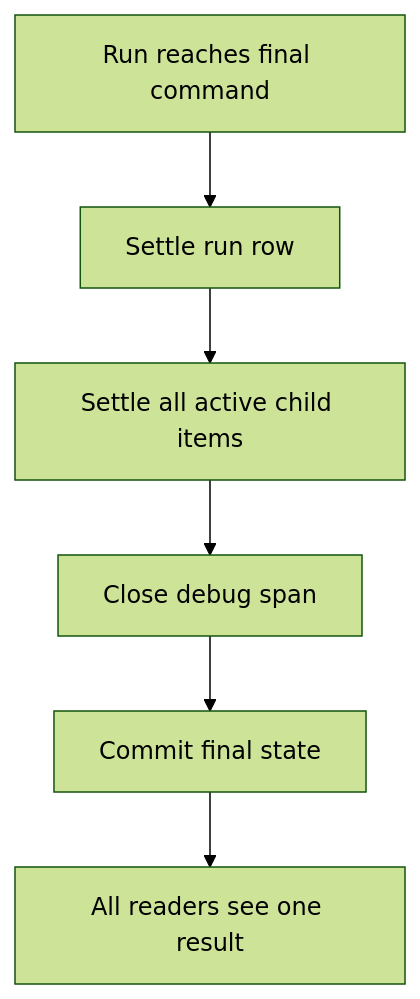
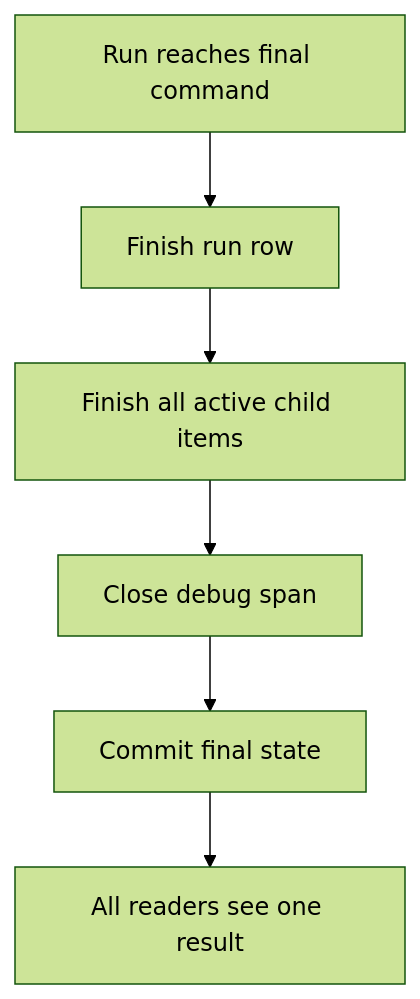
One commit to kpsuperplane/Noema changed diagram 16 of 29 in docs/superpowers/plans/2026-08-08-noema-practical-reliability-roadmap.md. Above: the diagram before and after it, drawn with Mermaid (forest theme). The commit also changed other lines of this file, not shown here.

Commit message:
docs: apply plain terms across roadmap

````diff
--- a/docs/superpowers/plans/2026-08-08-noema-practical-reliability-roadmap.md
+++ b/docs/superpowers/plans/2026-08-08-noema-practical-reliability-roadmap.md
@@ -994,11 +1004,11 @@
 ```mermaid
 flowchart TD
     A["Run reaches final command"]
-    B["Settle run row"]
-    C["Settle all active child items"]
+    B["Finish run row"]
+    C["Finish all active child items"]
     D["Close debug span"]
     E["Commit final state"]
     F["All readers see one result"]
 
     A --> B --> C --> D --> E --> F
 ```
````
